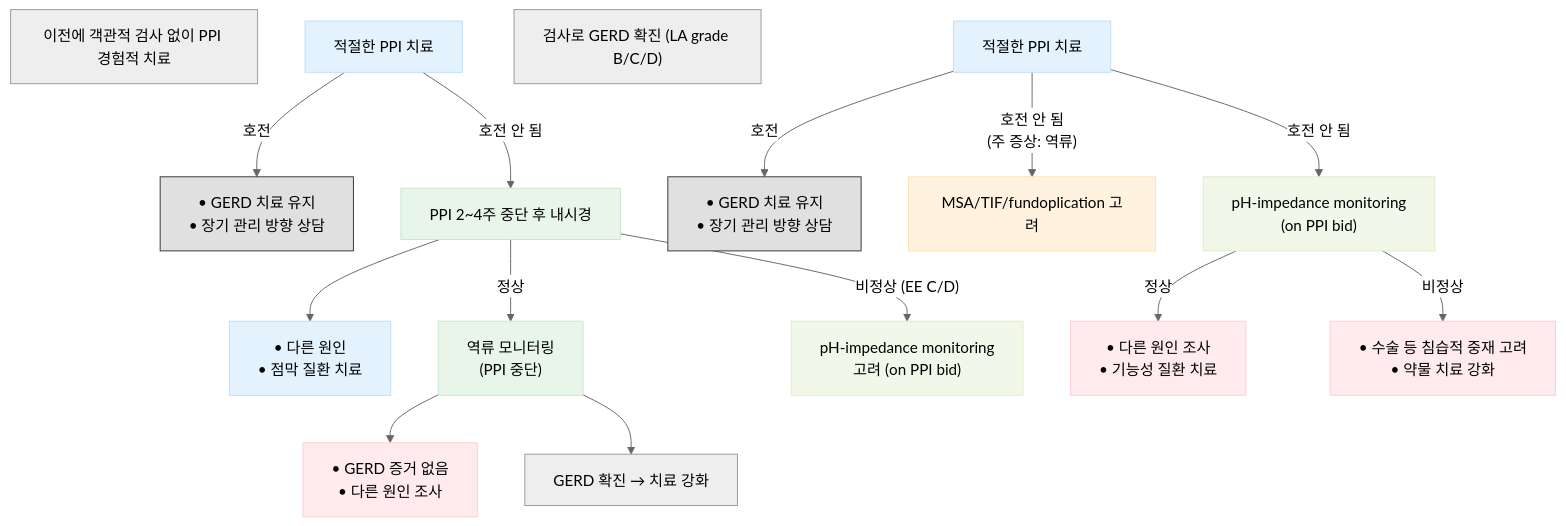
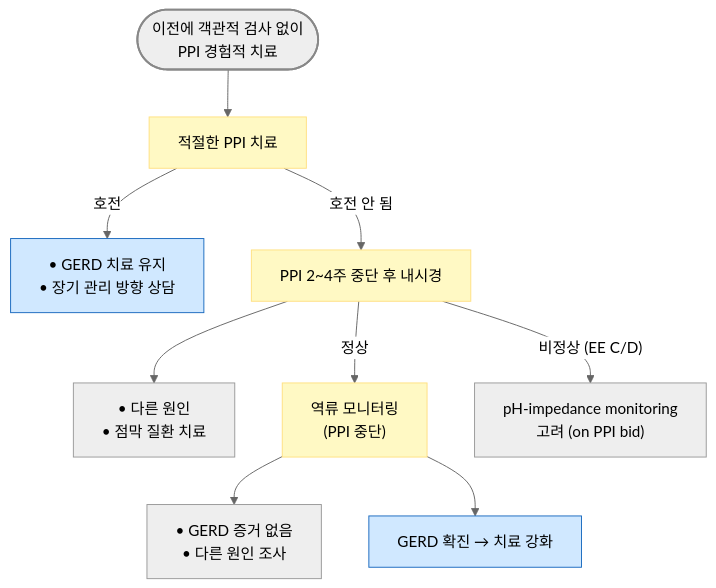
The fourth of 5 diagrams in 224_/081_-gerd.md (familyoh77/familyoh77), drawn with Mermaid (neutral theme) before and after one commit. The commit also changed other lines of this file, not shown here.

````diff
--- a/224_/081_-gerd.md
+++ b/224_/081_-gerd.md
@@ -300,39 +300,20 @@
 ```mermaid
 graph TD
-    Start1["이전에 객관적 검사 없이 PPI 경험적 치료"]
-    PPI1["적절한 PPI 치료"]
-
+    Start1(["이전에 객관적 검사 없이 <br/>PPI 경험적 치료"]) --> PPI1["적절한 PPI 치료"]
     PPI1 -- "호전" --> Success1["• GERD 치료 유지<br/>• 장기 관리 방향 상담"]
     PPI1 -- "호전 안 됨" --> Scope1["PPI 2~4주 중단 후 내시경"]
-
     Scope1 --> Other1["• 다른 원인<br/>• 점막 질환 치료"]
     Scope1 -- "정상" --> Monitor1["역류 모니터링<br/>(PPI 중단)"]
     Scope1 -- "비정상 (EE C/D)" --> Impedance1["pH-impedance monitoring<br/>고려 (on PPI bid)"]
-
     Monitor1 --> NoEvidence["• GERD 증거 없음<br/>• 다른 원인 조사"]
     Monitor1 --> GERD1["GERD 확진 → 치료 강화"]
 
-    Start2["검사로 GERD 확진 (LA grade B/C/D)"]
-    PPI2["적절한 PPI 치료"]
+style Start1 fill:#eeeeee,stroke:#888888,stroke-width:2px
 
-    PPI2 -- "호전" --> Success2["• GERD 치료 유지<br/>• 장기 관리 방향 상담"]
-    PPI2 -- "호전 안 됨<br/>(주 증상: 역류)" --> Fail2["MSA/TIF/fundoplication 고려"]
-    PPI2 -- "호전 안 됨" --> Impedance2["pH-impedance monitoring<br/>(on PPI bid)"]
+classDef yellow fill:#fff9c4,stroke:#ffe082
+class Scope1,Monitor1,PPI1 yellow
+classDef blue fill:#d0e8ff,stroke:#1a6abf
+class Success1,GERD1 blue
 
-    Impedance2 -- "정상" --> Other2["• 다른 원인 조사<br/>• 기능성 질환 치료"]
-    Impedance2 -- "비정상" --> Surgery["• 수술 등 침습적 중재 고려<br/>• 약물 치료 강화"]
 
-    style Success1 fill:#e0e0e0,stroke:#333
-    style Scope1 fill:#e8f5e9,stroke:#c8e6c9
-    style Monitor1 fill:#e8f5e9,stroke:#c8e6c9
-    style Impedance1 fill:#f1f8e9,stroke:#dcedc8
-    style NoEvidence fill:#ffebee,stroke:#ffcdd2
-    style Success2 fill:#e0e0e0,stroke:#333
-    style Fail2 fill:#fff3e0,stroke:#ffe0b2
-    style Impedance2 fill:#f1f8e9,stroke:#dcedc8
-    style Other2 fill:#ffebee,stroke:#ffcdd2
-    style Surgery fill:#ffebee,stroke:#ffcdd2
-    style PPI1 fill:#e3f2fd,stroke:#bbdefb
-    style PPI2 fill:#e3f2fd,stroke:#bbdefb
-    style Other1 fill:#e3f2fd,stroke:#bbdefb
 ```
````
